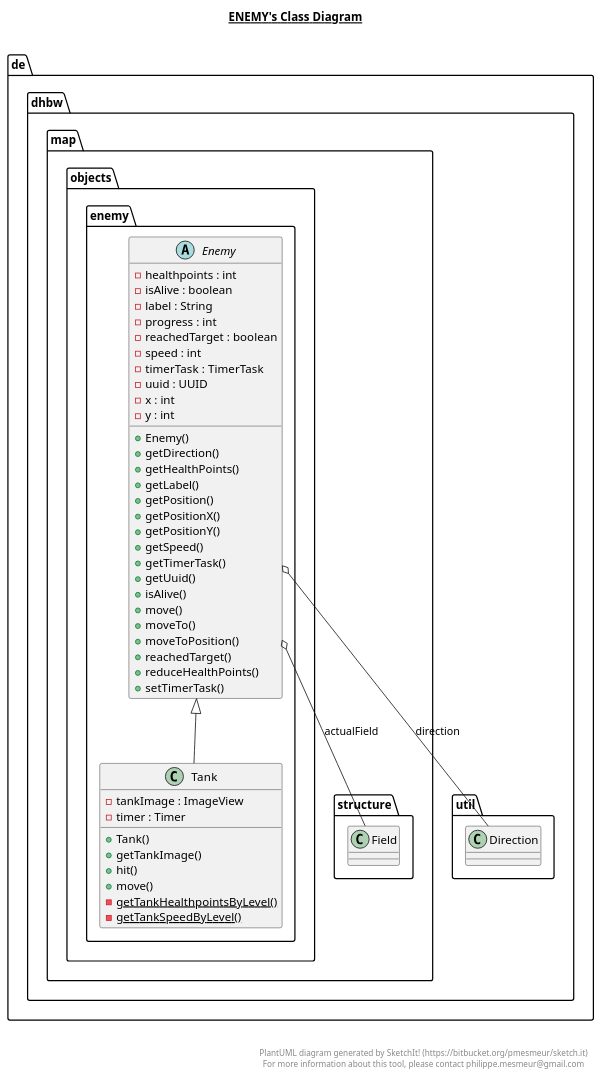
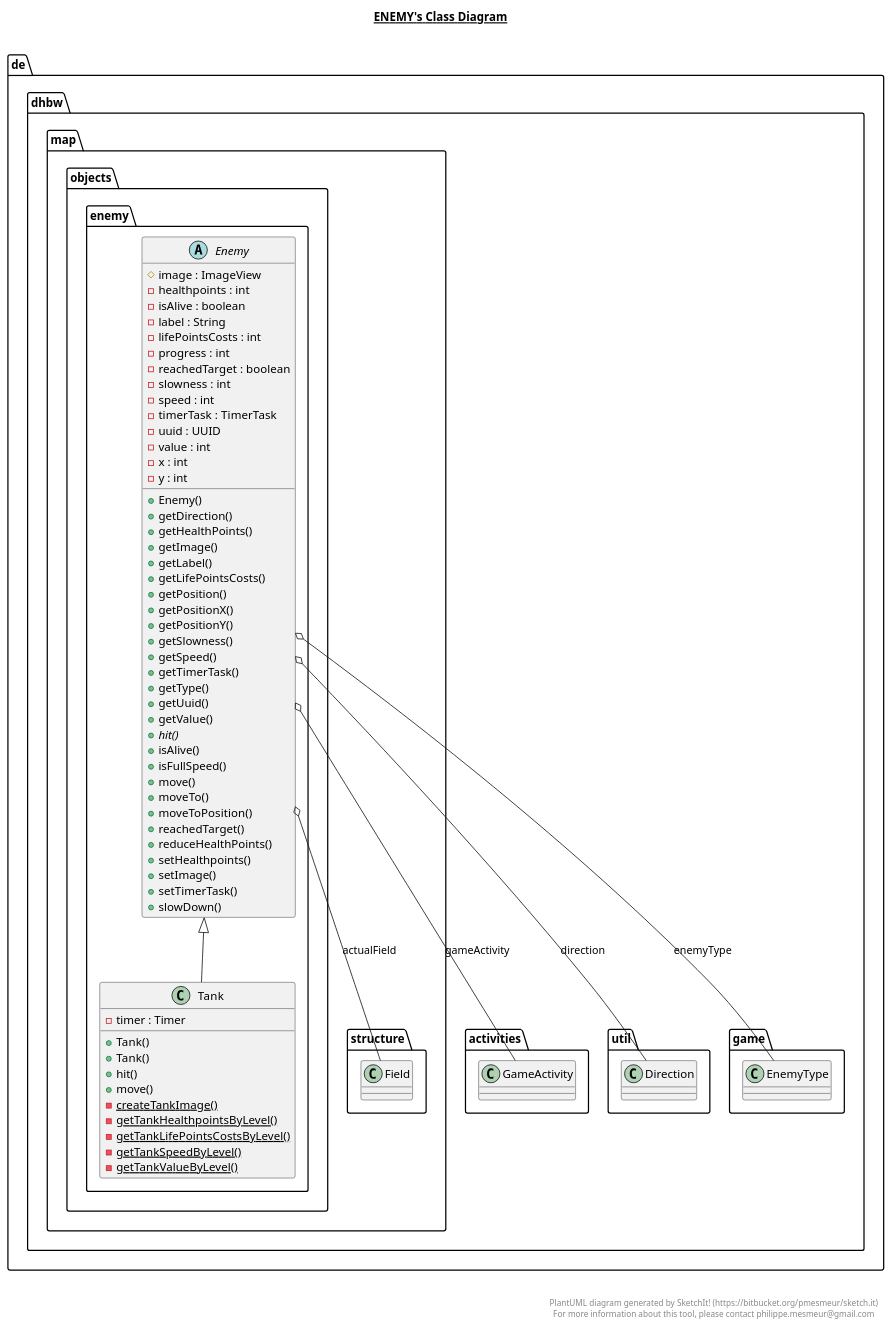
Before and after one commit to niwa99/Tower-Defense: the diagram in app/src/main/java/de/dhbw/map/objects/enemy/enemy.plantuml, drawn with PlantUML. The commit also changed 14 other files, not shown here.

Commit message:
[DHTD-105] update of class diagram files

```diff
--- a/app/src/main/java/de/dhbw/map/objects/enemy/enemy.plantuml
+++ b/app/src/main/java/de/dhbw/map/objects/enemy/enemy.plantuml
@@ -1,68 +1,86 @@
 @startuml
 
 title __ENEMY's Class Diagram__\n
 
   namespace de.dhbw {
     namespace map.objects.enemy {
       abstract class de.dhbw.map.objects.enemy.Enemy {
+          # image : ImageView
           - healthpoints : int
           - isAlive : boolean
           - label : String
+          - lifePointsCosts : int
           - progress : int
           - reachedTarget : boolean
+          - slowness : int
           - speed : int
           - timerTask : TimerTask
           - uuid : UUID
+          - value : int
           - x : int
           - y : int
           + Enemy()
           + getDirection()
           + getHealthPoints()
+          + getImage()
           + getLabel()
+          + getLifePointsCosts()
           + getPosition()
           + getPositionX()
           + getPositionY()
+          + getSlowness()
           + getSpeed()
           + getTimerTask()
+          + getType()
           + getUuid()
+          + getValue()
+          {abstract} + hit()
           + isAlive()
+          + isFullSpeed()
           + move()
           + moveTo()
           + moveToPosition()
           + reachedTarget()
           + reduceHealthPoints()
+          + setHealthpoints()
+          + setImage()
           + setTimerTask()
+          + slowDown()
       }
     }
   }
   
 
   namespace de.dhbw {
     namespace map.objects.enemy {
       class de.dhbw.map.objects.enemy.Tank {
-          - tankImage : ImageView
           - timer : Timer
           + Tank()
-          + getTankImage()
+          + Tank()
           + hit()
           + move()
+          {static} - createTankImage()
           {static} - getTankHealthpointsByLevel()
+          {static} - getTankLifePointsCostsByLevel()
           {static} - getTankSpeedByLevel()
+          {static} - getTankValueByLevel()
       }
     }
   }
   
 
+  de.dhbw.map.objects.enemy.Enemy o-- de.dhbw.activities.GameActivity : gameActivity
   de.dhbw.map.objects.enemy.Enemy o-- de.dhbw.map.structure.Field : actualField
   de.dhbw.map.objects.enemy.Enemy o-- de.dhbw.util.Direction : direction
+  de.dhbw.map.objects.enemy.Enemy o-- de.dhbw.game.EnemyType : enemyType
   de.dhbw.map.objects.enemy.Tank -up-|> de.dhbw.map.objects.enemy.Enemy
 
 
 right footer
 
 
 PlantUML diagram generated by SketchIt! (https://bitbucket.org/pmesmeur/sketch.it)
 For more information about this tool, please contact philippe.mesmeur@gmail.com
 endfooter
 
 @enduml
```
